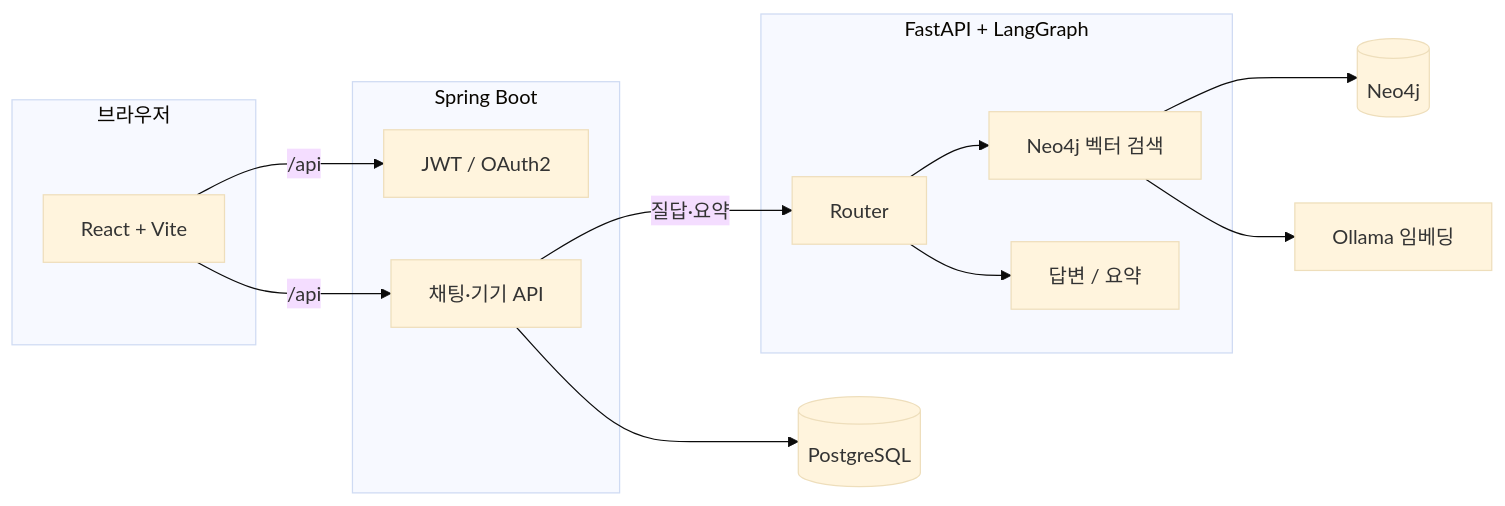
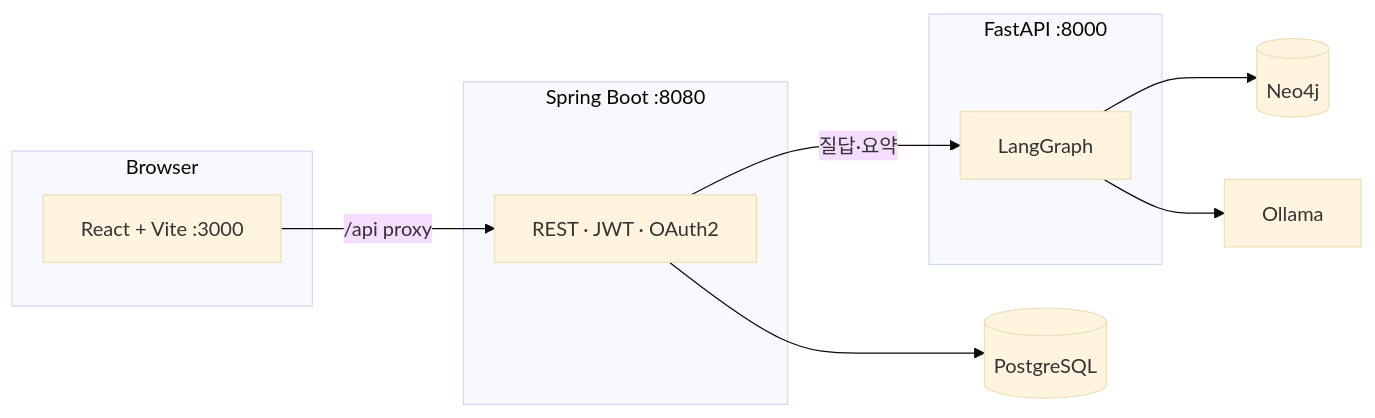
Before and after one commit to asd9244/Easy_Manual: the diagram in README.md, drawn with Mermaid (base theme). The commit also changed other lines of this file, not shown here.

````diff
--- a/README.md
+++ b/README.md
@@ -21,26 +94,20 @@
 ```mermaid
 flowchart LR
-  subgraph client[브라우저]
-    UI[React + Vite]
+  subgraph client[Browser]
+    UI[React + Vite :3000]
   end
-  subgraph api[Spring Boot]
-    Auth[JWT / OAuth2]
-    Chat[채팅·기기 API]
+  subgraph api[Spring Boot :8080]
+    S[REST · JWT · OAuth2]
   end
-  subgraph ai[FastAPI + LangGraph]
-    R[Router]
-    V[Neo4j 벡터 검색]
-    A[답변 / 요약]
+  subgraph ai[FastAPI :8000]
+    G[LangGraph]
   end
-  DB[(PostgreSQL)]
-  G[(Neo4j)]
-  O[Ollama 임베딩]
-  UI -->|/api| Auth
-  UI -->|/api| Chat
-  Chat --> DB
-  Chat -->|질답·요약| R
-  R --> V
-  R --> A
-  V --> G
-  V --> O
+  PG[(PostgreSQL)]
+  N4j[(Neo4j)]
+  Ol[Ollama]
+  UI -->|/api proxy| S
+  S --> PG
+  S -->|질답·요약| G
+  G --> N4j
+  G --> Ol
 ```
````
